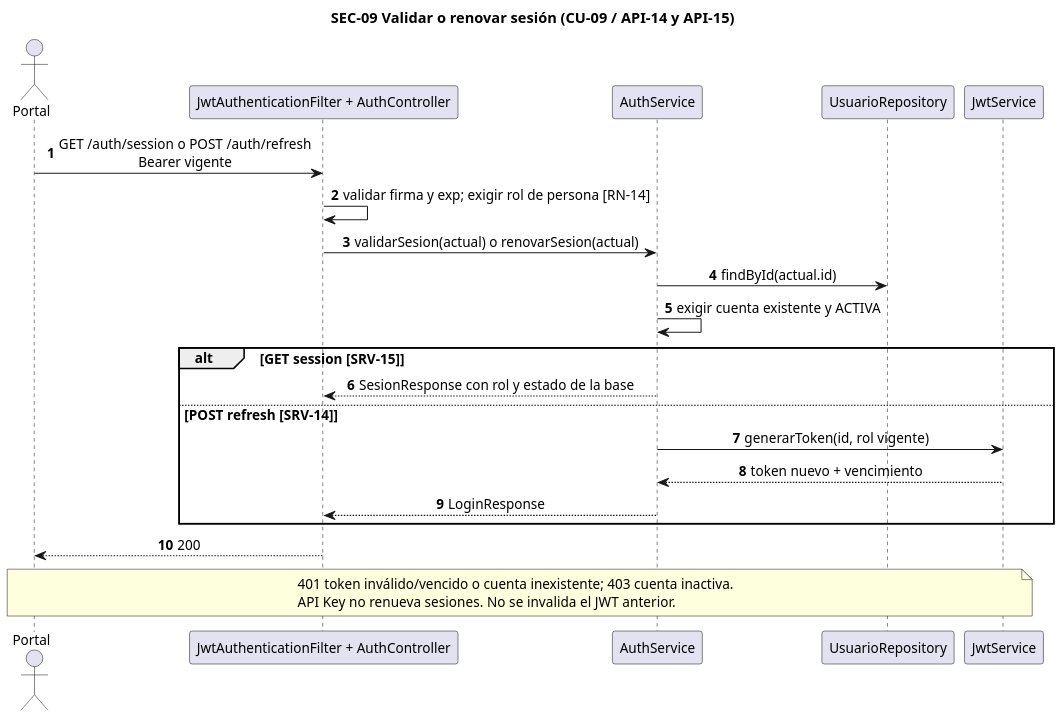
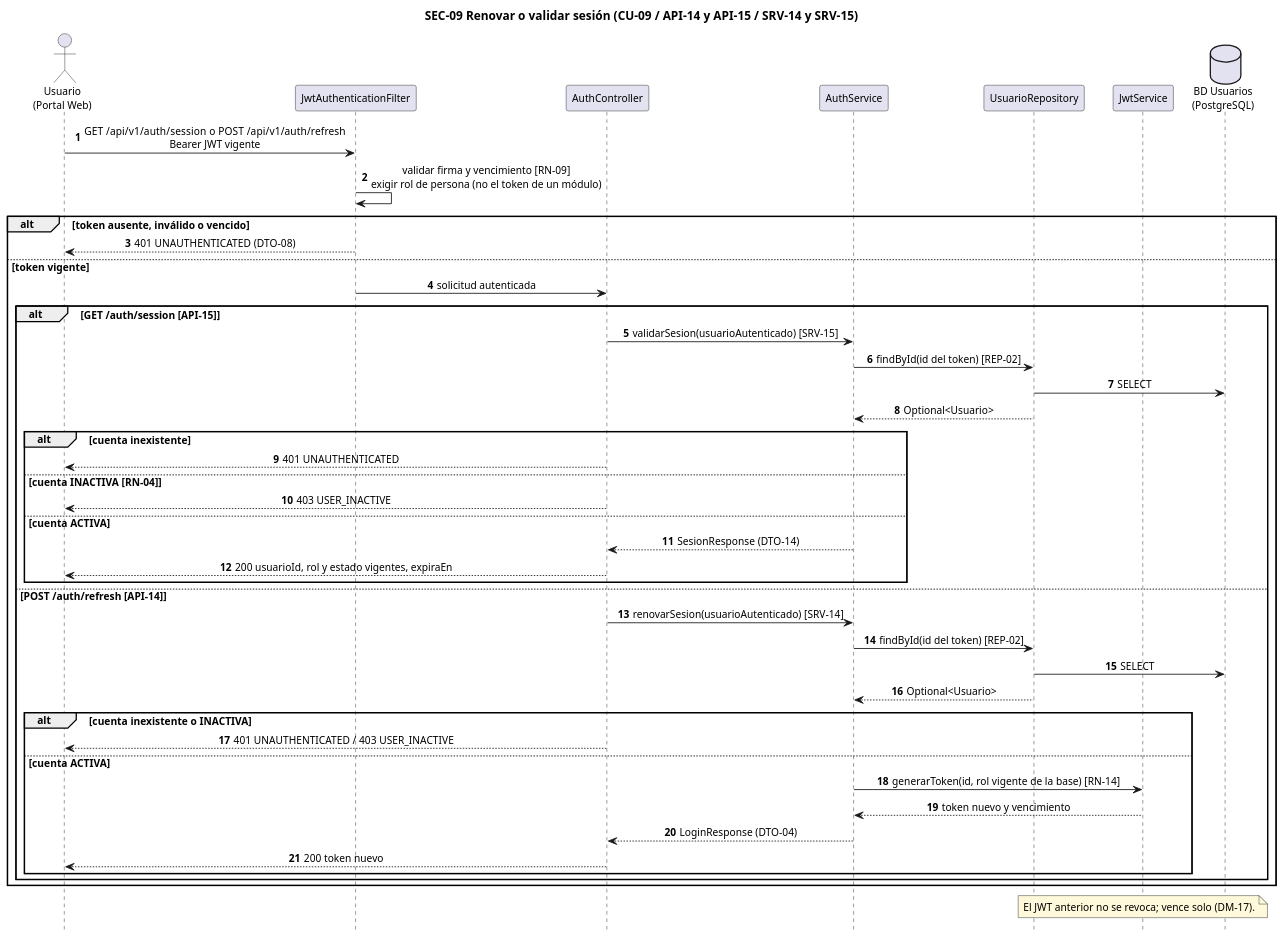
Before and after one commit to CarlaGorgal2002/deliverygo-usuarios-auth: the diagram in doc/Diagramas/SEC-09.puml, drawn with PlantUML. The commit also changed 30 other files, not shown here.

First line of the commit message:
docs: rehacer los 15 diagramas con las capas y participantes de la plantilla

```diff
--- a/doc/Diagramas/SEC-09.puml
+++ b/doc/Diagramas/SEC-09.puml
@@ -1,28 +1,56 @@
 @startuml SEC-09
-skinparam dpi 135
+skinparam dpi 110
 skinparam shadowing false
 skinparam defaultFontName Arial
-skinparam defaultFontSize 13
+skinparam defaultFontSize 12
 skinparam sequenceMessageAlign center
-title SEC-09 Validar o renovar sesión (CU-09 / API-14 y API-15)
+skinparam responseMessageBelowArrow true
+skinparam NoteBackgroundColor #FFF9DB
+skinparam ParticipantPadding 12
+hide footbox
+title SEC-09 Renovar o validar sesión (CU-09 / API-14 y API-15 / SRV-14 y SRV-15)
 autonumber
-actor Portal
-participant "JwtAuthenticationFilter + AuthController" as C
+actor "Usuario\n(Portal Web)" as A
+participant JwtAuthenticationFilter as F
+participant AuthController as C
 participant AuthService as S
-participant UsuarioRepository as R
+participant UsuarioRepository as UR
 participant JwtService as J
-Portal -> C : GET /auth/session o POST /auth/refresh\nBearer vigente
-C -> C : validar firma y exp; exigir rol de persona [RN-14]
-C -> S : validarSesion(actual) o renovarSesion(actual)
-S -> R : findById(actual.id)
-S -> S : exigir cuenta existente y ACTIVA
-alt GET session [SRV-15]
- S --> C : SesionResponse con rol y estado de la base
-else POST refresh [SRV-14]
- S -> J : generarToken(id, rol vigente)
- J --> S : token nuevo + vencimiento
- S --> C : LoginResponse
+database "BD Usuarios\n(PostgreSQL)" as DB
+
+A -> F : GET /api/v1/auth/session  o  POST /api/v1/auth/refresh\nBearer JWT vigente
+F -> F : validar firma y vencimiento [RN-09]\nexigir rol de persona (no el token de un módulo)
+alt token ausente, inválido o vencido
+  F --> A : 401 UNAUTHENTICATED (DTO-08)
+else token vigente
+  F -> C : solicitud autenticada
+  alt GET /auth/session [API-15]
+    C -> S : validarSesion(usuarioAutenticado) [SRV-15]
+    S -> UR : findById(id del token) [REP-02]
+    UR -> DB : SELECT
+    UR --> S : Optional<Usuario>
+    alt cuenta inexistente
+      C --> A : 401 UNAUTHENTICATED
+    else cuenta INACTIVA [RN-04]
+      C --> A : 403 USER_INACTIVE
+    else cuenta ACTIVA
+      S --> C : SesionResponse (DTO-14)
+      C --> A : 200 usuarioId, rol y estado vigentes, expiraEn
+    end
+  else POST /auth/refresh [API-14]
+    C -> S : renovarSesion(usuarioAutenticado) [SRV-14]
+    S -> UR : findById(id del token) [REP-02]
+    UR -> DB : SELECT
+    UR --> S : Optional<Usuario>
+    alt cuenta inexistente o INACTIVA
+      C --> A : 401 UNAUTHENTICATED / 403 USER_INACTIVE
+    else cuenta ACTIVA
+      S -> J : generarToken(id, rol vigente de la base) [RN-14]
+      J --> S : token nuevo y vencimiento
+      S --> C : LoginResponse (DTO-04)
+      C --> A : 200 token nuevo
+    end
+  end
 end
-C --> Portal : 200
-note over Portal,J : 401 token inválido/vencido o cuenta inexistente; 403 cuenta inactiva.\nAPI Key no renueva sesiones. No se invalida el JWT anterior.
+note over J : El JWT anterior no se revoca; vence solo (DM-17).
 @enduml
```
